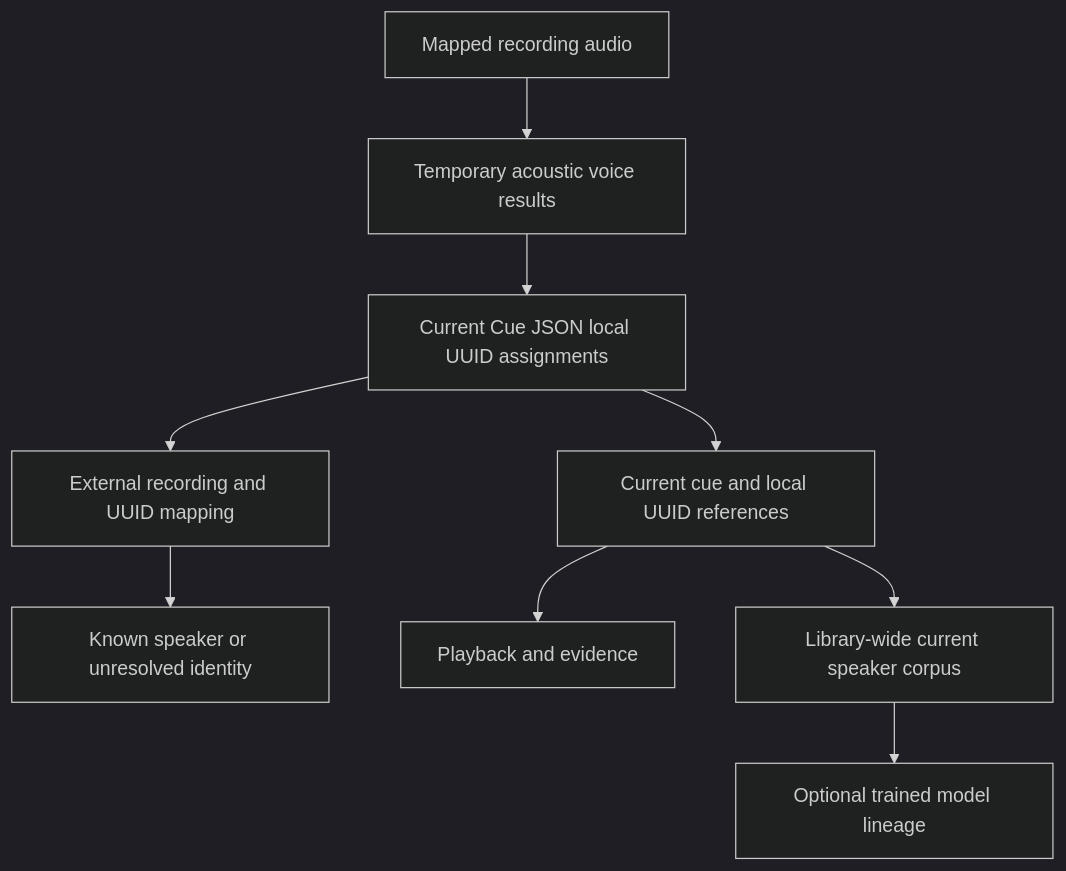
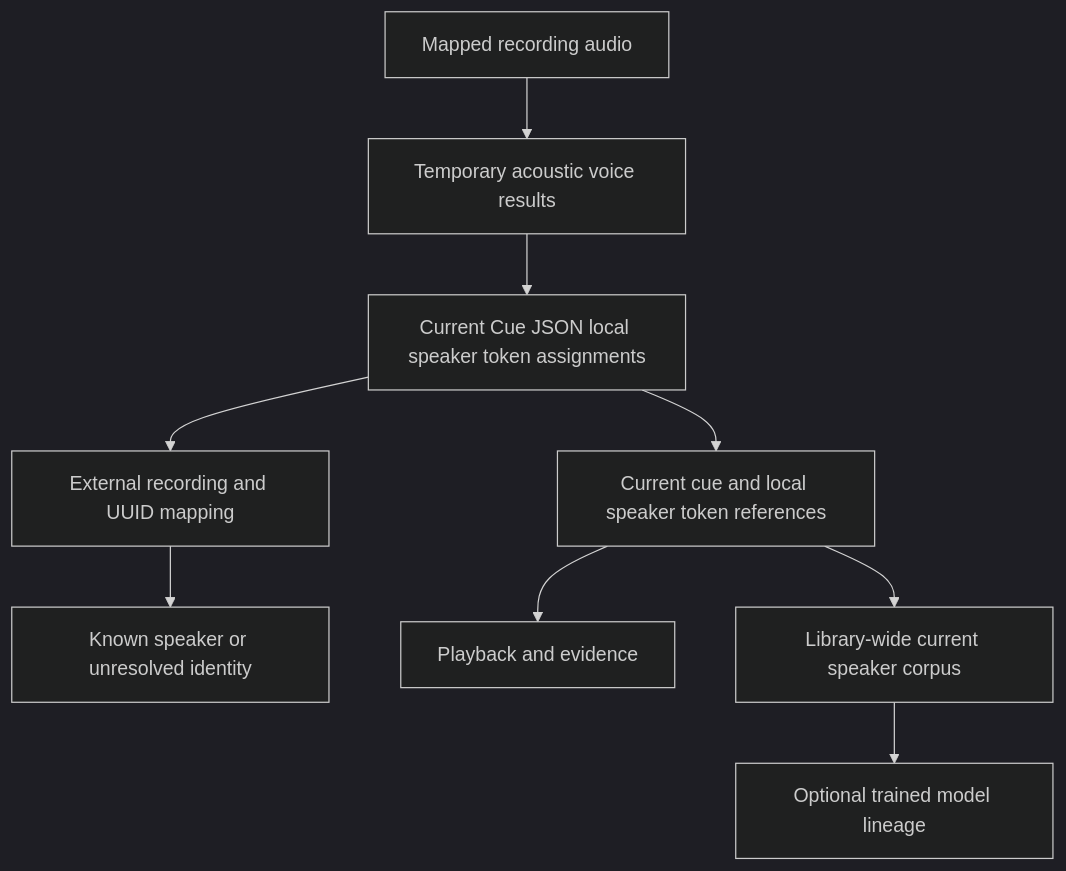
The diagram in docs/v0.0.0/speakers.md (shruggietech/insonic), drawn with Mermaid (dark theme) before and after one commit. The commit also changed other lines of this file and 94 other files, not shown here.

````diff
--- a/docs/v0.0.0/speakers.md
+++ b/docs/v0.0.0/speakers.md
@@ -7,11 +7,11 @@
 ```mermaid
 flowchart TB
   Audio[Mapped recording audio] --> Turns[Temporary acoustic voice results]
-  Turns --> Document[Current Cue JSON local UUID assignments]
+  Turns --> Document[Current Cue JSON local speaker token assignments]
   Document --> Mapping[External recording and UUID mapping]
   Mapping --> Known[Known speaker or unresolved identity]
-  Document --> References[Current cue and local UUID references]
+  Document --> References[Current cue and local speaker token references]
   References --> Playback[Playback and evidence]
   References --> Corpus[Library-wide current speaker corpus]
   Corpus --> Models[Optional trained model lineage]
 ```
````
